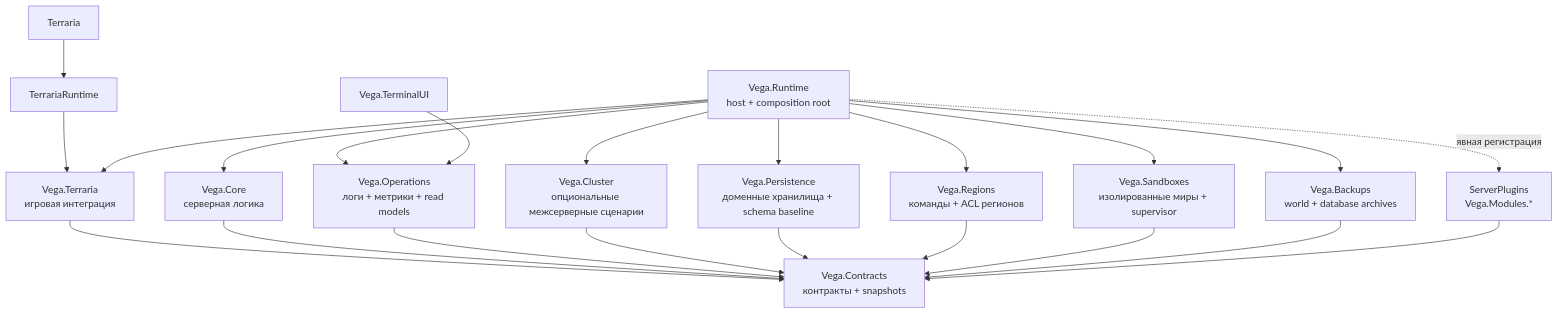
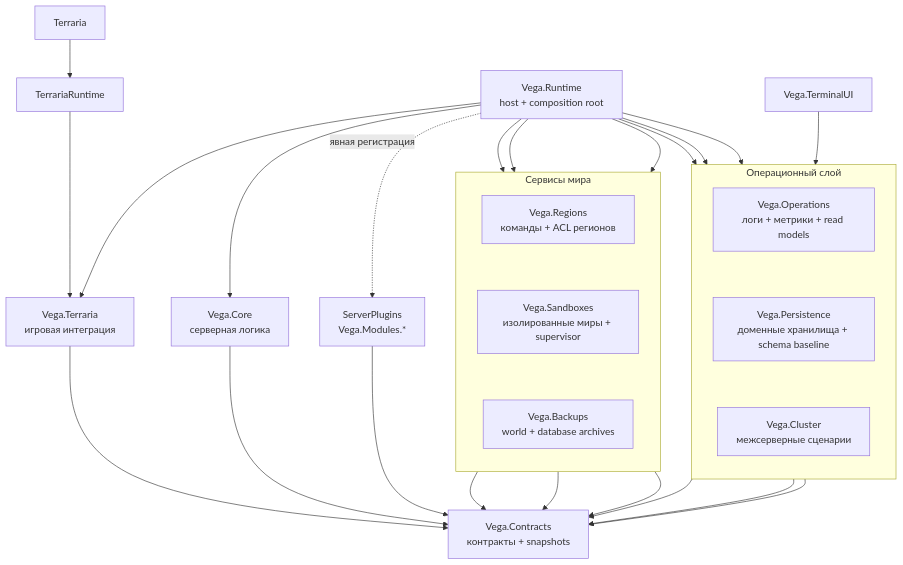
One commit to VegaKernel/Vega changed the diagram in README.md. Above: the diagram before and after it, drawn with Mermaid. The commit also changed other lines of this file, not shown here.

Commit message:
Polish README architecture diagram and logo

````diff
--- a/README.md
+++ b/README.md
@@ -17,27 +21,46 @@
 ```mermaid
 flowchart TB
     Terraria["Terraria"] --> TerrariaRuntime["TerrariaRuntime"]
     TerrariaRuntime --> TerrariaAdapter["Vega.Terraria<br/>игровая интеграция"]
 
     Runtime["Vega.Runtime<br/>host + composition root"] --> TerrariaAdapter
     Runtime --> Core["Vega.Core<br/>серверная логика"]
-    Runtime --> Operations["Vega.Operations<br/>логи + метрики + read models"]
-    Runtime --> Cluster["Vega.Cluster<br/>опциональные межсерверные сценарии"]
-    Runtime --> Persistence["Vega.Persistence<br/>доменные хранилища + schema baseline"]
-    Runtime --> Regions["Vega.Regions<br/>команды + ACL регионов"]
-    Runtime --> Sandboxes["Vega.Sandboxes<br/>изолированные миры + supervisor"]
-    Runtime --> Backups["Vega.Backups<br/>world + database archives"]
     Runtime -. "явная регистрация" .-> Modules["ServerPlugins<br/>Vega.Modules.*"]
+
+    subgraph ControlPlane["Операционный слой"]
+        direction TB
+        Operations["Vega.Operations<br/>логи + метрики + read models"]
+        Persistence["Vega.Persistence<br/>доменные хранилища + schema baseline"]
+        Cluster["Vega.Cluster<br/>межсерверные сценарии"]
+        Operations ~~~ Persistence
+        Persistence ~~~ Cluster
+    end
+
+    subgraph WorldServices["Сервисы мира"]
+        direction TB
+        Regions["Vega.Regions<br/>команды + ACL регионов"]
+        Sandboxes["Vega.Sandboxes<br/>изолированные миры + supervisor"]
+        Backups["Vega.Backups<br/>world + database archives"]
+        Regions ~~~ Sandboxes
+        Sandboxes ~~~ Backups
+    end
+
+    Runtime --> Operations
+    Runtime --> Persistence
+    Runtime --> Cluster
+    Runtime --> Regions
+    Runtime --> Sandboxes
+    Runtime --> Backups
 
     TerrariaAdapter --> Contracts["Vega.Contracts<br/>контракты + snapshots"]
     Core --> Contracts
     Operations --> Contracts
+    Persistence --> Contracts
     Cluster --> Contracts
-    Persistence --> Contracts
     Regions --> Contracts
     Sandboxes --> Contracts
     Backups --> Contracts
     Modules --> Contracts
 
     TerminalUI["Vega.TerminalUI"] --> Operations
 ```
````
